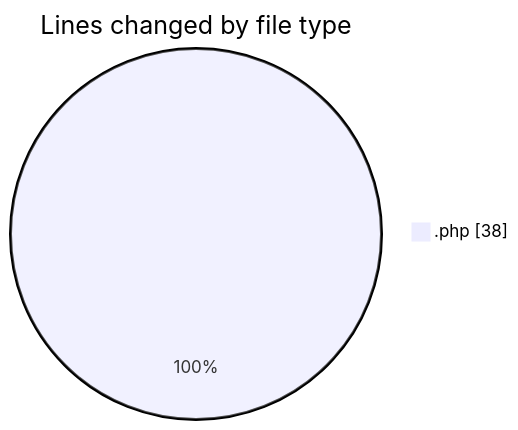
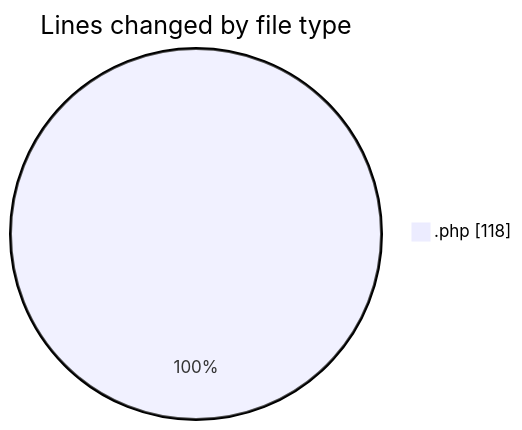
The first of 2 diagrams in 2026-07-17/web/README.md (LanceThiago/code-tracking), drawn with Mermaid before and after one commit. The commit also changed other lines of this file and 1 other file, not shown here.

````diff
--- a/2026-07-17/web/README.md
+++ b/2026-07-17/web/README.md
@@ -20,5 +24,5 @@
 ```mermaid
 pie showData
 title Lines changed by file type
-".php" : 38
+".php" : 118
 ```
````
